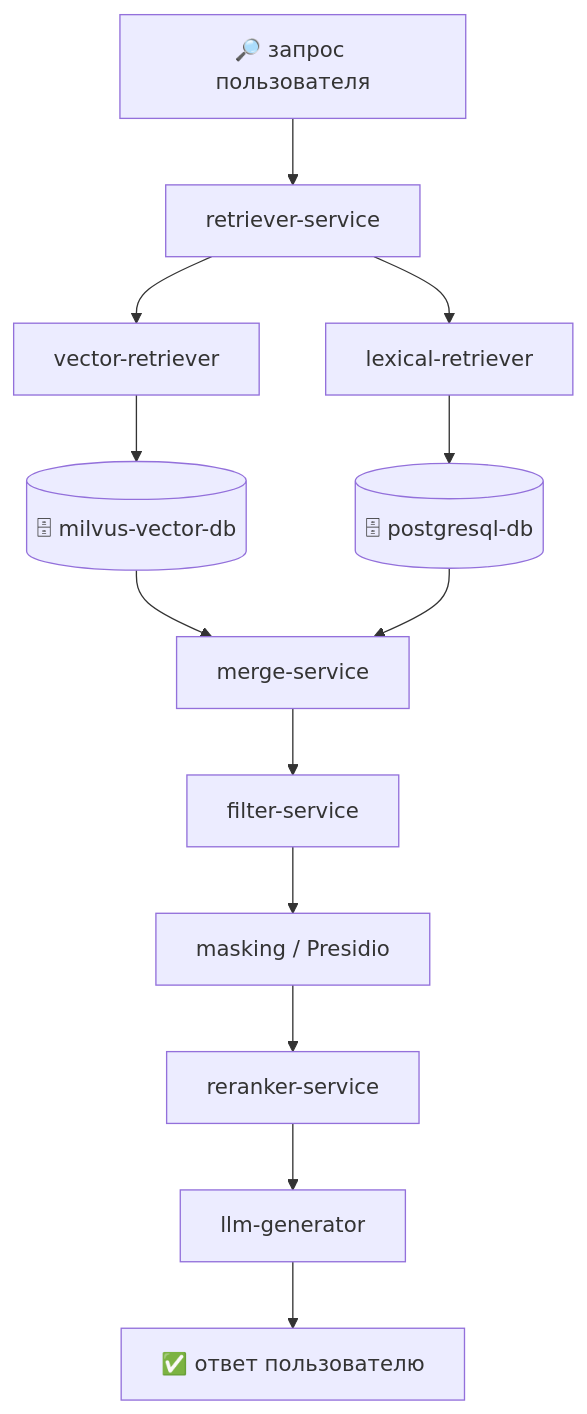
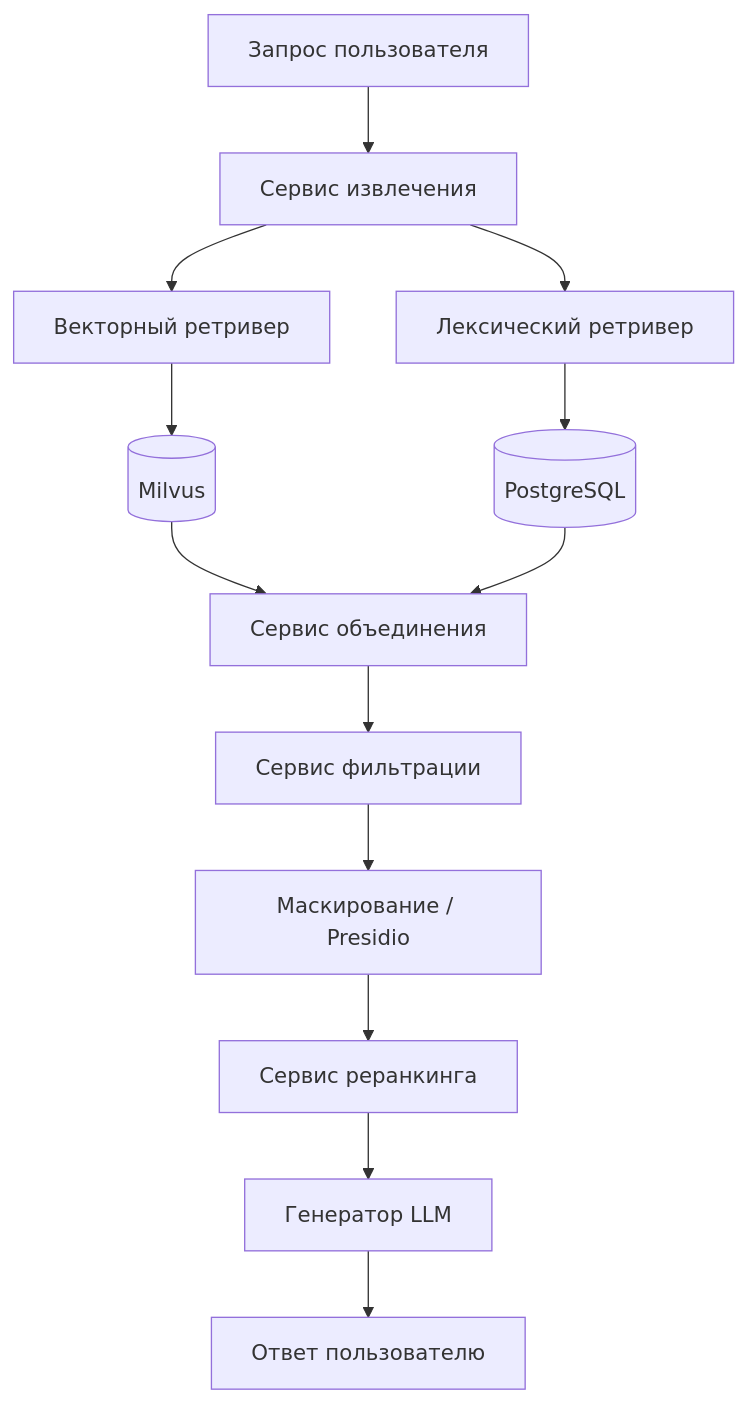
Diagram 14 of 19 in TZ/1_zapiska_k_tz.md (Trump68/infra), drawn with Mermaid before and after one commit. The commit also changed other lines of this file and 2 other files, not shown here.

````diff
--- a/TZ/1_zapiska_k_tz.md
+++ b/TZ/1_zapiska_k_tz.md
@@ -1963,15 +2062,15 @@
 ```mermaid
 flowchart TB
-  U[🔎 запрос пользователя] --> RS[retriever-service]
-  RS --> VI[vector-retriever]
-  RS --> LI[lexical-retriever]
-  VI --> MV[(🗄 milvus-vector-db)]
-  LI --> PG[(🗄 postgresql-db)]
-  MV --> MG[merge-service]
+  U[Запрос пользователя] --> RS[Сервис извлечения]
+  RS --> VI[Векторный ретривер]
+  RS --> LI[Лексический ретривер]
+  VI --> MV[(Milvus)]
+  LI --> PG[(PostgreSQL)]
+  MV --> MG[Сервис объединения]
   PG --> MG
-  MG --> FS[filter-service]
-  FS --> MS[masking / Presidio]
-  MS --> RR[reranker-service]
-  RR --> LG[llm-generator]
-  LG --> RESP[✅ ответ пользователю]
+  MG --> FS[Сервис фильтрации]
+  FS --> MS[Маскирование / Presidio]
+  MS --> RR[Сервис реранкинга]
+  RR --> LG[Генератор LLM]
+  LG --> RESP[Ответ пользователю]
 ```
````
